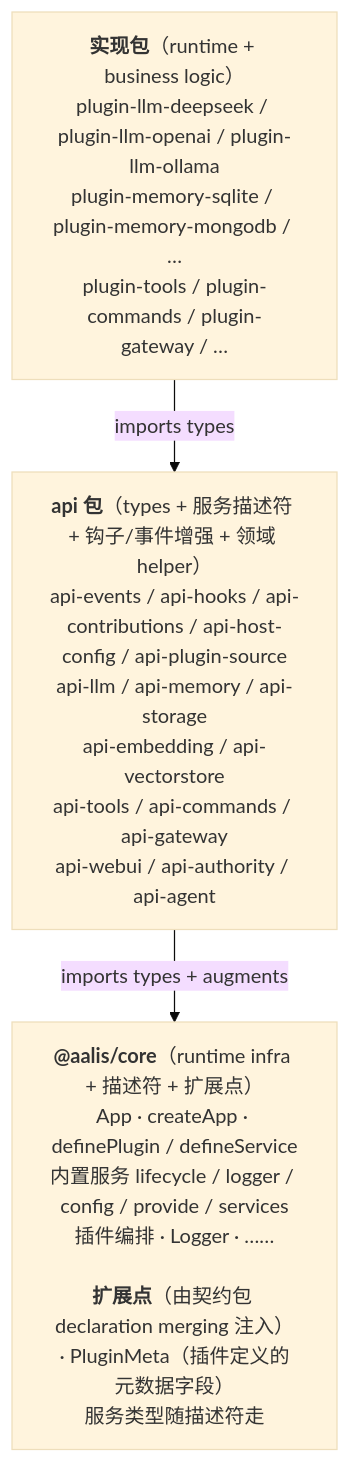
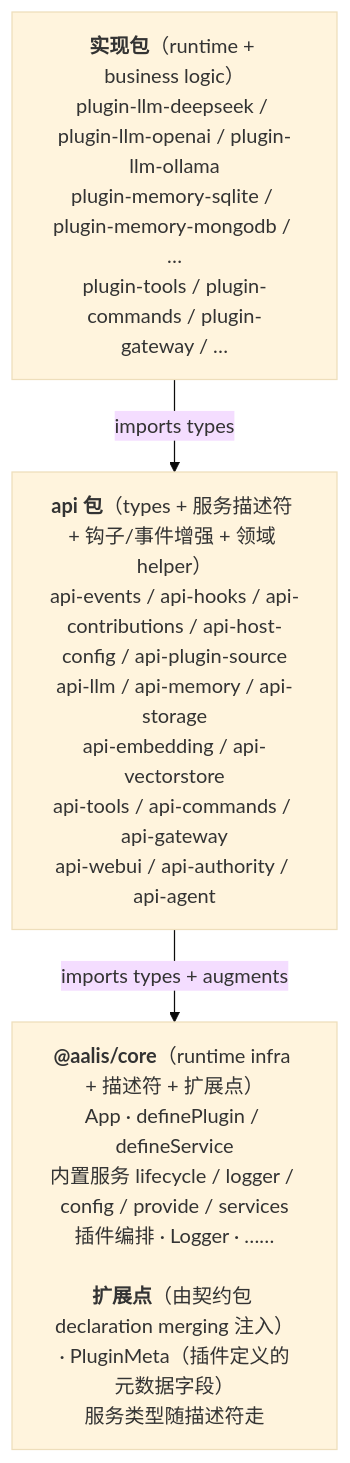
The diagram in docs/design/api-packages.md (AalisLabs/Aalis), drawn with Mermaid (base theme) before and after one commit. The commit also changed 14 other files, not shown here.

First line of the commit message:
refactor(core)!: 删 createApp，只留 new App

````diff
--- a/docs/design/api-packages.md
+++ b/docs/design/api-packages.md
@@ -17,8 +17,8 @@
 ```mermaid
 flowchart TB
   impl["<b>实现包</b>（runtime + business logic）<br/>plugin-llm-deepseek / plugin-llm-openai / plugin-llm-ollama<br/>plugin-memory-sqlite / plugin-memory-mongodb / …<br/>plugin-tools / plugin-commands / plugin-gateway / …"]
   api["<b>api 包</b>（types + 服务描述符 + 钩子/事件增强 + 领域 helper）<br/>api-events / api-hooks / api-contributions / api-host-config / api-plugin-source<br/>api-llm / api-memory / api-storage<br/>api-embedding / api-vectorstore<br/>api-tools / api-commands / api-gateway<br/>api-webui / api-authority / api-agent"]
-  core["<b>@aalis/core</b>（runtime infra + 描述符 + 扩展点）<br/>App · createApp · definePlugin / defineService<br/>内置服务 lifecycle / logger / config / provide / services<br/>插件编排 · Logger · ……<br/> <br/><b>扩展点</b>（由契约包 declaration merging 注入）<br/>· PluginMeta（插件定义的元数据字段）<br/>服务类型随描述符走"]
+  core["<b>@aalis/core</b>（runtime infra + 描述符 + 扩展点）<br/>App · definePlugin / defineService<br/>内置服务 lifecycle / logger / config / provide / services<br/>插件编排 · Logger · ……<br/> <br/><b>扩展点</b>（由契约包 declaration merging 注入）<br/>· PluginMeta（插件定义的元数据字段）<br/>服务类型随描述符走"]
   impl -->|imports types| api
   api -->|imports types + augments| core
 ```
````
